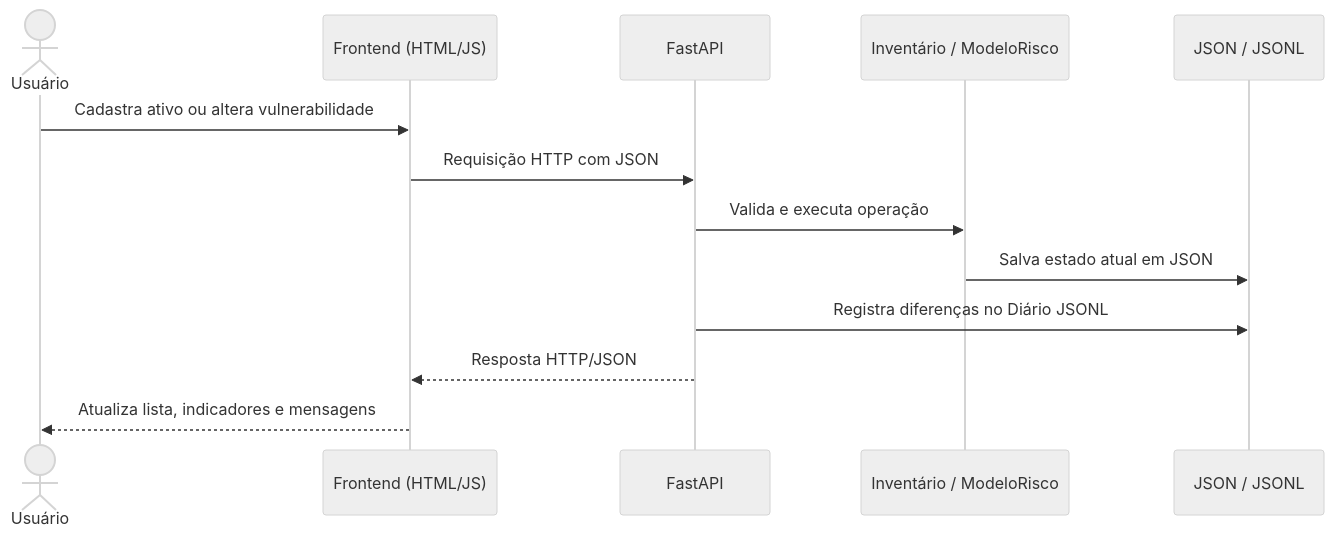
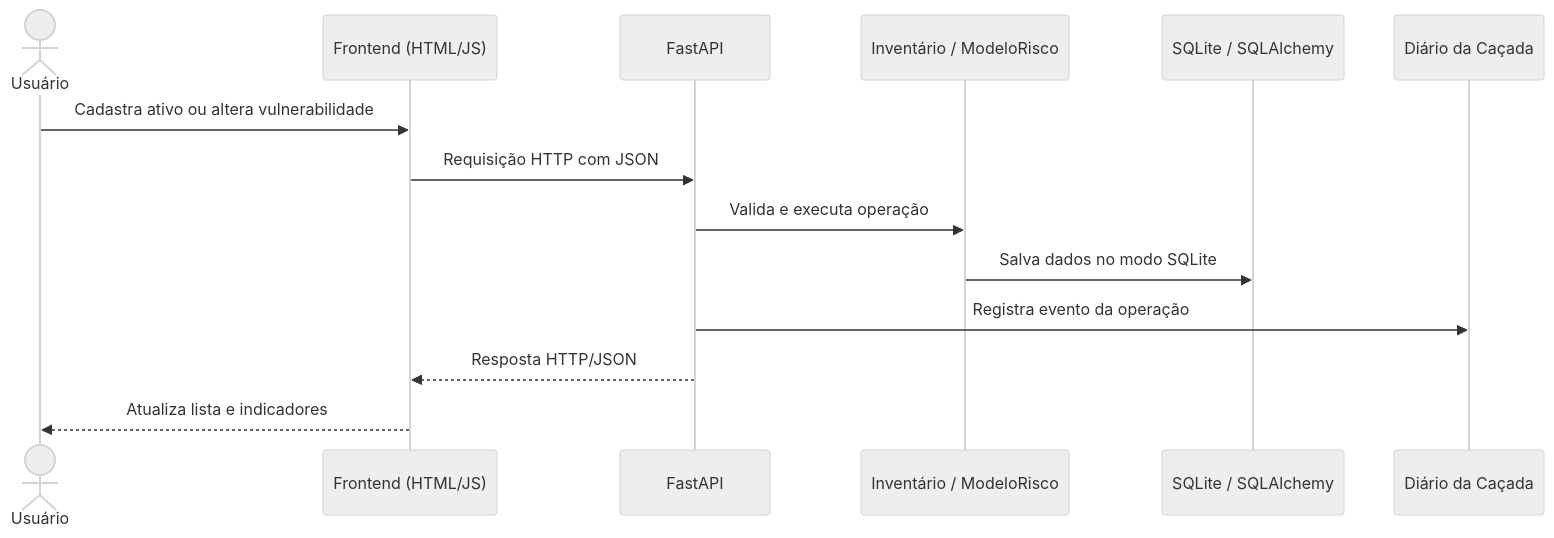
One commit to KalilCyber/cyber-risk-engine changed the second of 3 diagrams in README.md. Above: the diagram before and after it, drawn with Mermaid (neutral theme). The commit also changed other lines of this file and 2 other files, not shown here.

Commit message:
docs: consolida README e documenta validacao SQLite no Docker

````diff
--- a/README.md
+++ b/README.md
@@ -220,15 +220,16 @@
 ```mermaid
 sequenceDiagram
     actor Pessoa as Usuário
     participant Navegador as Frontend (HTML/JS)
     participant API as FastAPI
     participant Servicos as Inventário / ModeloRisco
-    participant Armazenamento as JSON / JSONL
+    participant BD as SQLite / SQLAlchemy
+    participant Diario as Diário da Caçada
     Pessoa->>Navegador: Cadastra ativo ou altera vulnerabilidade
     Navegador->>API: Requisição HTTP com JSON
     API->>Servicos: Valida e executa operação
-    Servicos->>Armazenamento: Salva estado atual em JSON
-    API->>Armazenamento: Registra diferenças no Diário JSONL
+    Servicos->>BD: Salva dados no modo SQLite
+    API->>Diario: Registra evento da operação
     API-->>Navegador: Resposta HTTP/JSON
-    Navegador-->>Pessoa: Atualiza lista, indicadores e mensagens
+    Navegador-->>Pessoa: Atualiza lista e indicadores
 ```
````
